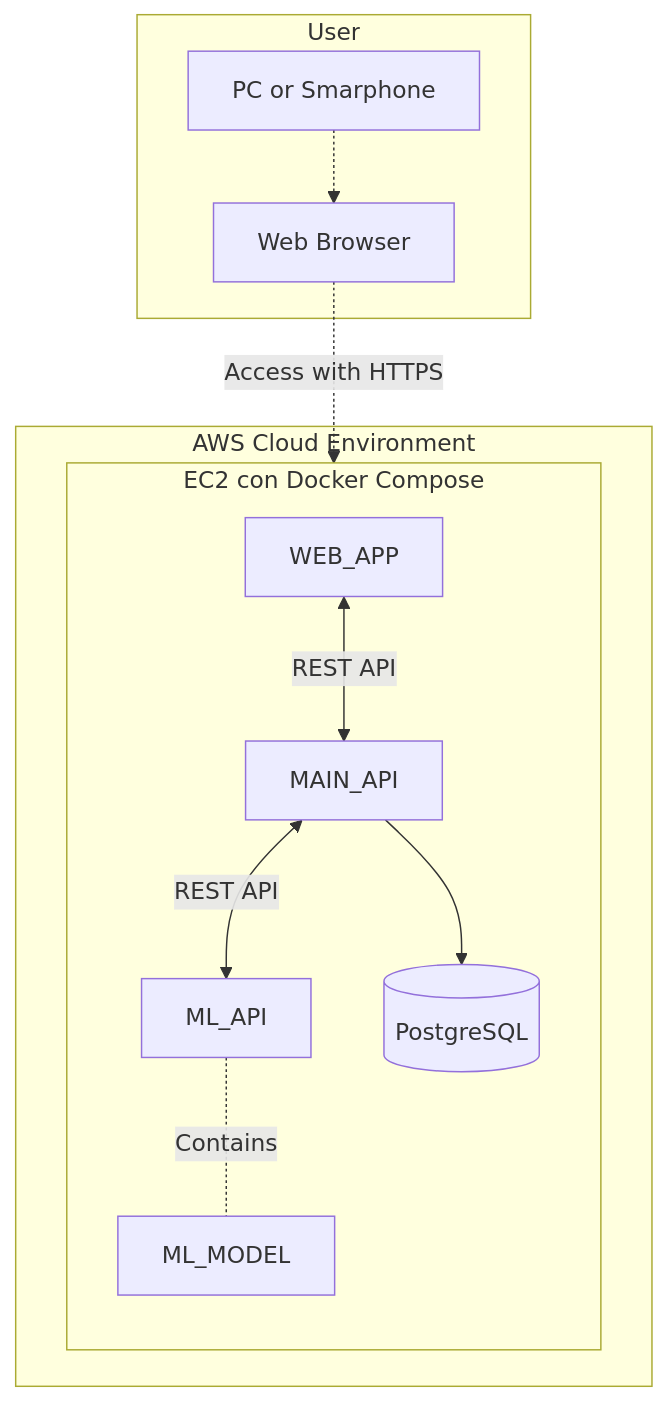
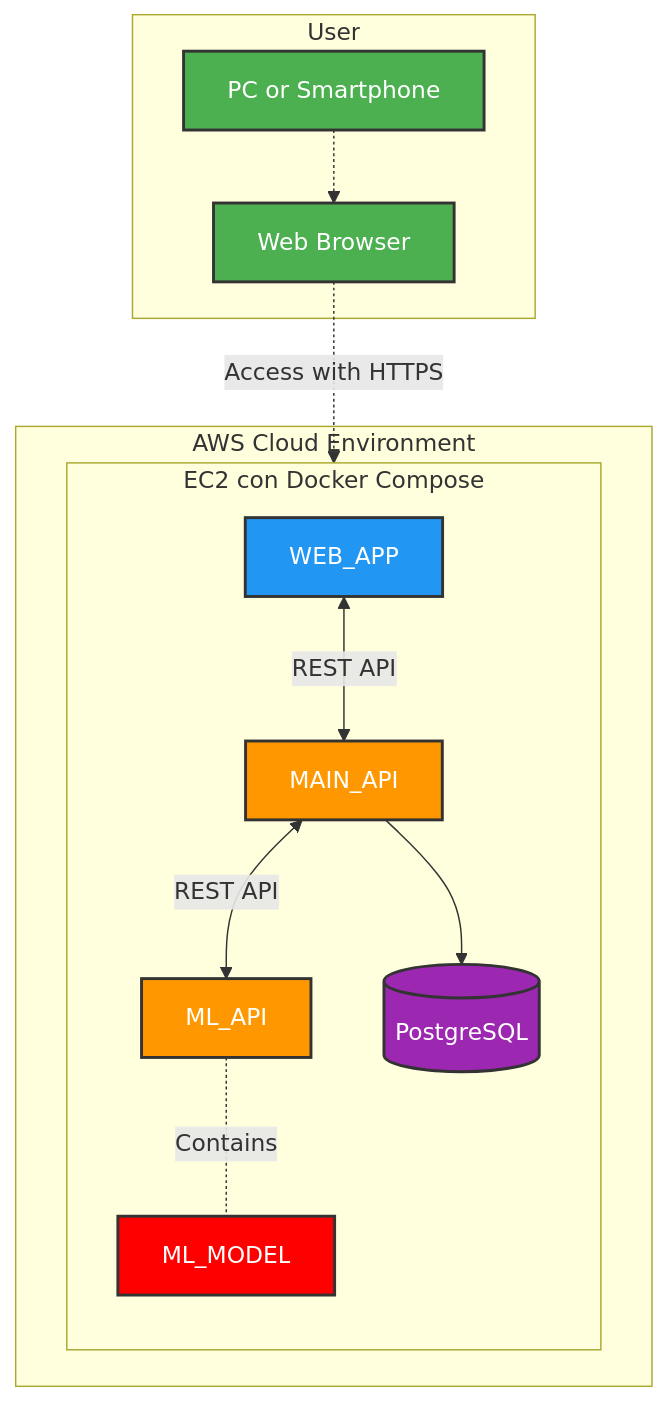
One commit to RainBoard01/SMPIA changed the diagram in README.md. Above: the diagram before and after it, drawn with Mermaid.

````diff
--- a/README.md
+++ b/README.md
@@ -16,23 +16,28 @@
 ```mermaid
 graph TD
   subgraph d["User"]
-    UL["PC or Smarphone"]
-    UDevice["Web Browser"]
+    UL["PC or Smartphone"]:::userStyle
+    UDevice["Web Browser"]:::userStyle
   end
 
   subgraph AWS["AWS Cloud Environment"]
     subgraph EC2Instance["EC2 con Docker Compose"]
       direction TB
-      A[WEB_APP] <-- "REST API" --> B[MAIN_API]
-      B <-- "REST API" --> C[ML_API]
-      D[(PostgreSQL)]
-      E[ML_MODEL]
+      A[WEB_APP]:::appStyle <-- "REST API" --> B[MAIN_API]:::apiStyle
+      B <-- "REST API" --> C[ML_API]:::apiStyle
+      D[(PostgreSQL)]:::dbStyle
+      E[ML_MODEL]:::modelStyle
       C -.- |Contains| E
 
       B --> D
-
     end
   end
 
   UL -.-> UDevice -.->|Access with HTTPS| A
+
+  classDef userStyle fill:#4CAF50,stroke:#333,stroke-width:2px,color:#fff;
+  classDef appStyle fill:#2196F3,stroke:#333,stroke-width:2px,color:#fff;
+  classDef apiStyle fill:#FF9800,stroke:#333,stroke-width:2px,color:#fff;
+  classDef dbStyle fill:#9C27B0,stroke:#333,stroke-width:2px,color:#fff;
+  classDef modelStyle fill:#Ff0000,stroke:#333,stroke-width:2px,color:#fff;
 ```
````
